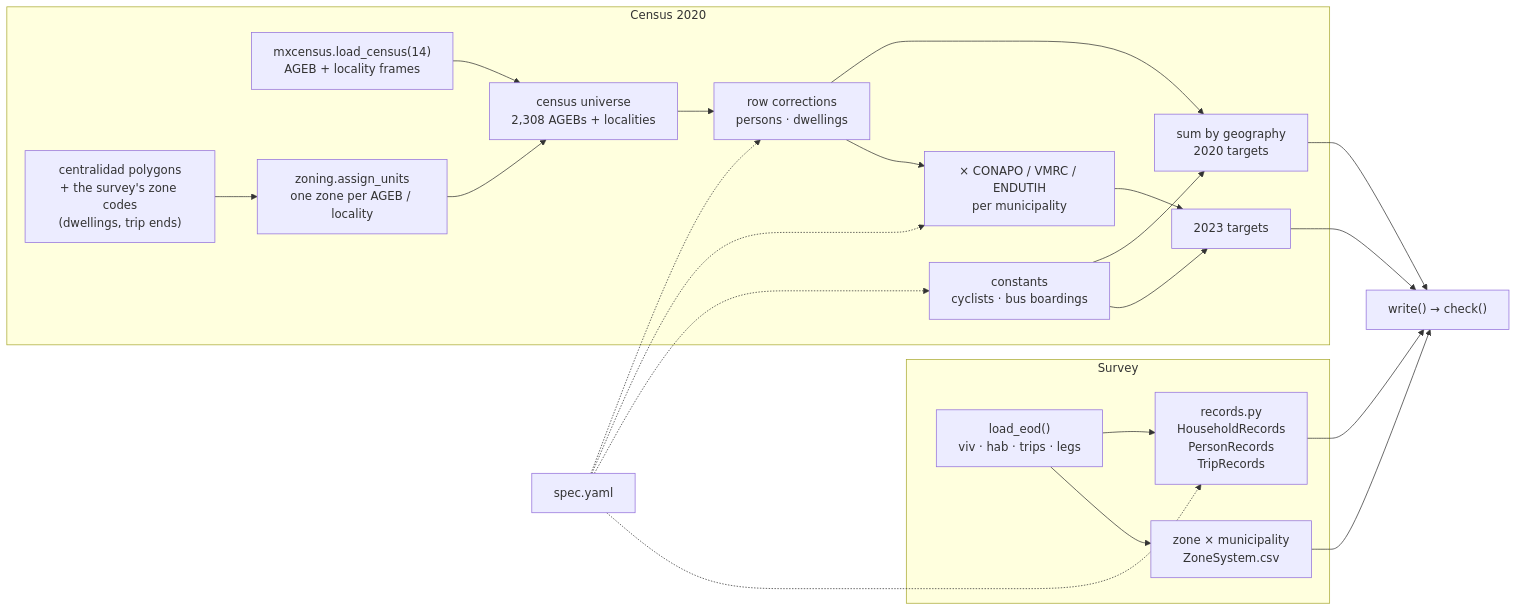
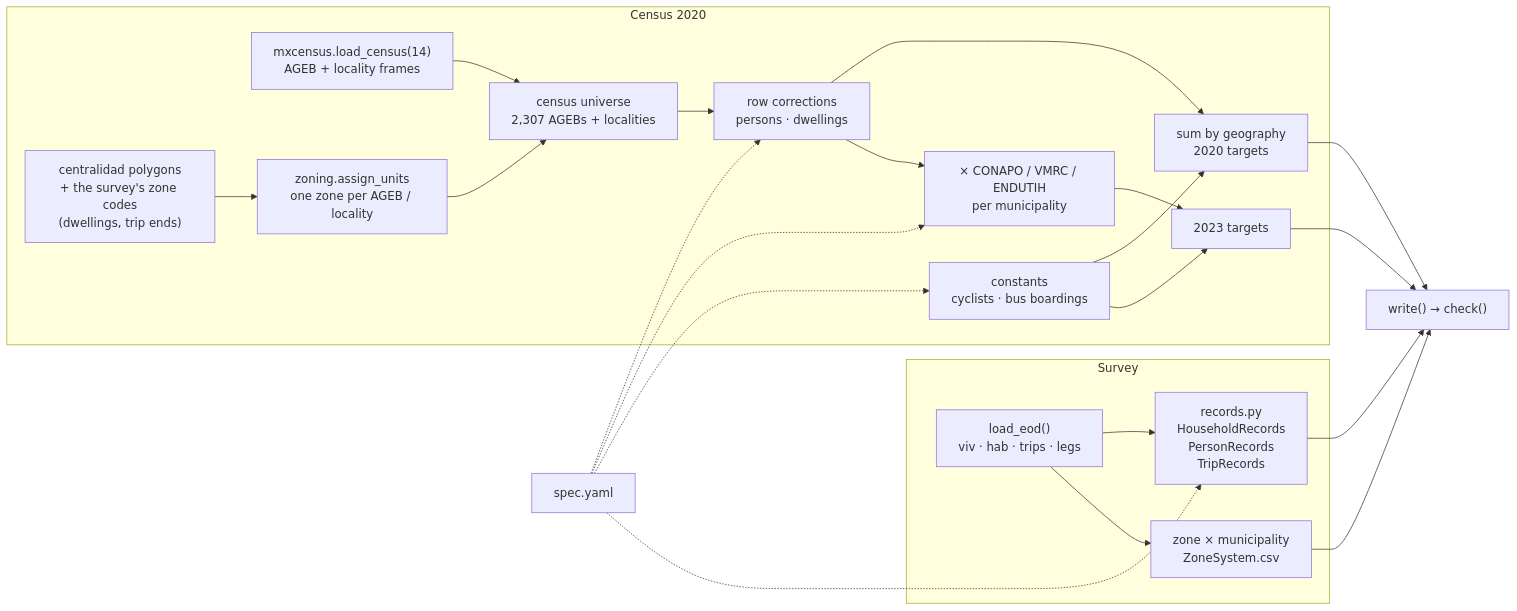
Before and after one commit to CentroFuturoCiudades/eodgdl: the diagram in reports/reweight_inputs.qmd, drawn with Mermaid. The commit also changed other lines of this file and 25 other files, not shown here.

````diff
--- a/reports/reweight_inputs.qmd
+++ b/reports/reweight_inputs.qmd
@@ -157,19 +157,19 @@
 ```{mermaid}
 %%| label: fig-flow
 %%| fig-cap: "The build. Survey tables become records (left); census rows become targets (right). The spec is the only place any definition lives."
 flowchart LR
   subgraph survey [Survey]
     A["load_eod()<br/>viv · hab · trips · legs"] --> R["records.py<br/>HouseholdRecords<br/>PersonRecords<br/>TripRecords"]
     A --> Z["zone × municipality<br/>ZoneSystem.csv"]
   end
   subgraph census [Census 2020]
-    C["mxcensus.load_census(14)<br/>AGEB + locality frames"] --> U["census universe<br/>2,308 AGEBs + localities"]
+    C["mxcensus.load_census(14)<br/>AGEB + locality frames"] --> U["census universe<br/>2,307 AGEBs + localities"]
     X["centralidad polygons<br/>+ the survey's zone codes<br/>(dwellings, trip ends)"] --> Z2["zoning.assign_units<br/>one zone per AGEB / locality"] --> U
     U --> S["row corrections<br/>persons · dwellings"]
     S --> T20["sum by geography<br/>2020 targets"]
     S --> G["× CONAPO / VMRC / ENDUTIH<br/>per municipality"] --> T23["2023 targets"]
     K["constants<br/>cyclists · bus boardings"] --> T20 & T23
   end
   Y["spec.yaml"] -.-> R & S & G & K
   R & Z & T20 & T23 --> W["write() → check()"]
 ```
````
